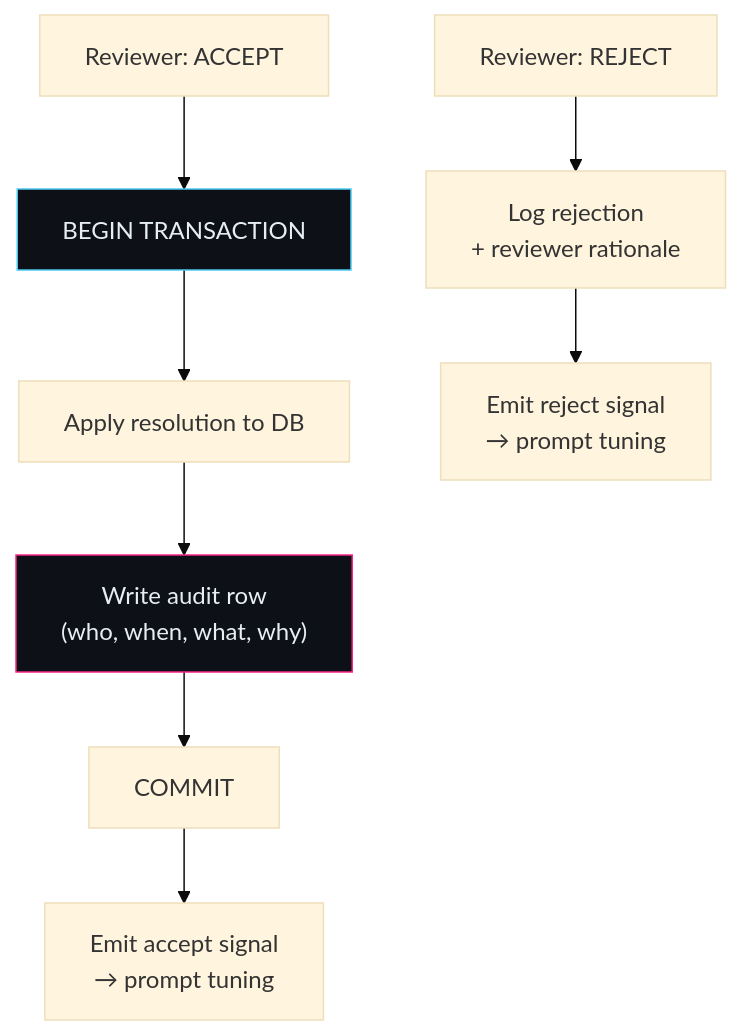
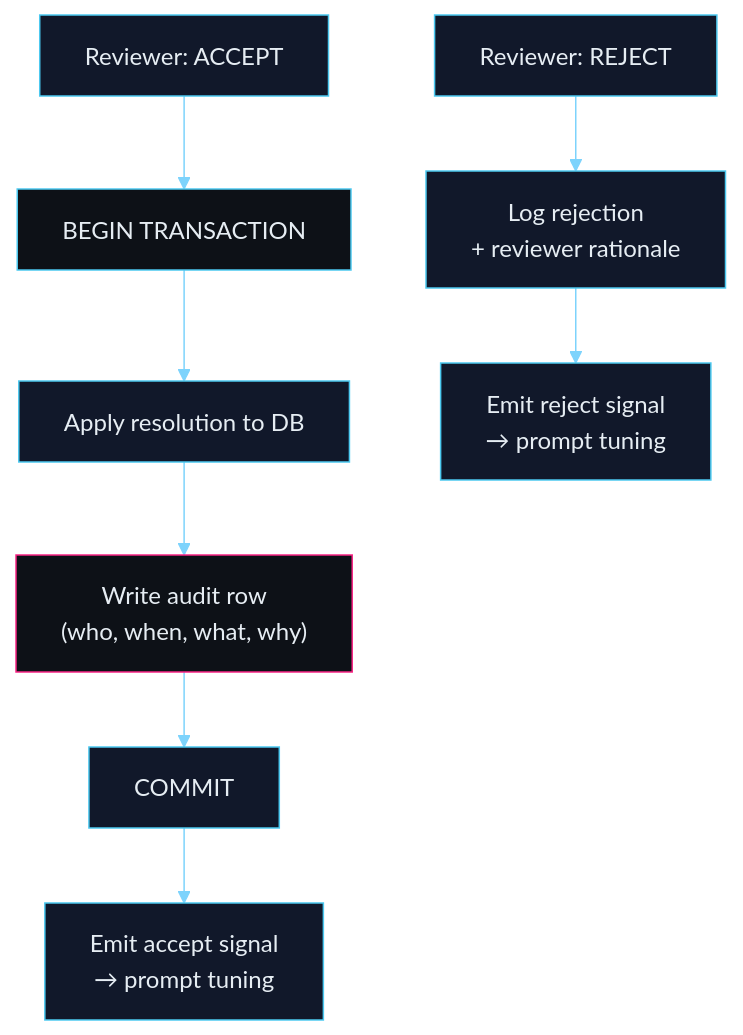
The seventh of 15 diagrams in README.md (jeremienunez/thalamus-usecase-ssa-), drawn with Mermaid before and after one commit. The commit also changed other lines of this file and 9 other files, not shown here.

````diff
--- a/README.md
+++ b/README.md
@@ -551,19 +332,19 @@
 ```mermaid
-%%{init: {'theme': 'base'}}%%
-
+%%{init: {'theme':'base','themeVariables':{'background':'#0b0f17','primaryColor':'#11182a','primaryTextColor':'#e6edf3','primaryBorderColor':'#4cc9f0','secondaryColor':'#1a2033','tertiaryColor':'#141a28','secondaryTextColor':'#e6edf3','tertiaryTextColor':'#e6edf3','noteTextColor':'#e6edf3','noteBkgColor':'#1a2033','noteBorderColor':'#4cc9f0','lineColor':'#7dd3fc','textColor':'#e6edf3','mainBkg':'#11182a','secondBkg':'#1a2033','clusterBkg':'#0d1320','clusterBorder':'#4cc9f0','titleColor':'#e6edf3','edgeLabelBackground':'#0b0f17','labelBoxBkgColor':'#11182a','labelBoxBorderColor':'#4cc9f0','labelTextColor':'#e6edf3','actorBkg':'#11182a','actorBorder':'#4cc9f0','actorTextColor':'#e6edf3','actorLineColor':'#7dd3fc','signalColor':'#e6edf3','signalTextColor':'#e6edf3','activationBkgColor':'#1a2033','activationBorderColor':'#4cc9f0','sequenceNumberColor':'#0b0f17','classText':'#e6edf3'}}}%%
 flowchart TD
+    classDef default fill:#11182a,stroke:#4cc9f0,stroke-width:1px,color:#e6edf3;
     Accept["Reviewer: ACCEPT"]
     Reject["Reviewer: REJECT"]
 
     Accept --> TX["BEGIN TRANSACTION"]
     TX --> Write["Apply resolution to DB"]
-    Write --> Audit["Write audit row\n(who, when, what, why)"]
+    Write --> Audit["Write audit row<br/>(who, when, what, why)"]
     Audit --> Commit["COMMIT"]
-    Commit --> Signal["Emit accept signal\n→ prompt tuning"]
+    Commit --> Signal["Emit accept signal<br/>→ prompt tuning"]
 
-    Reject --> Log["Log rejection\n+ reviewer rationale"]
-    Log --> SignalR["Emit reject signal\n→ prompt tuning"]
+    Reject --> Log["Log rejection<br/>+ reviewer rationale"]
+    Log --> SignalR["Emit reject signal<br/>→ prompt tuning"]
 
     style TX fill:#0d1117,stroke:#4cc9f0,color:#e6edf3
     style Audit fill:#0d1117,stroke:#f72585,color:#e6edf3
 ```
````
